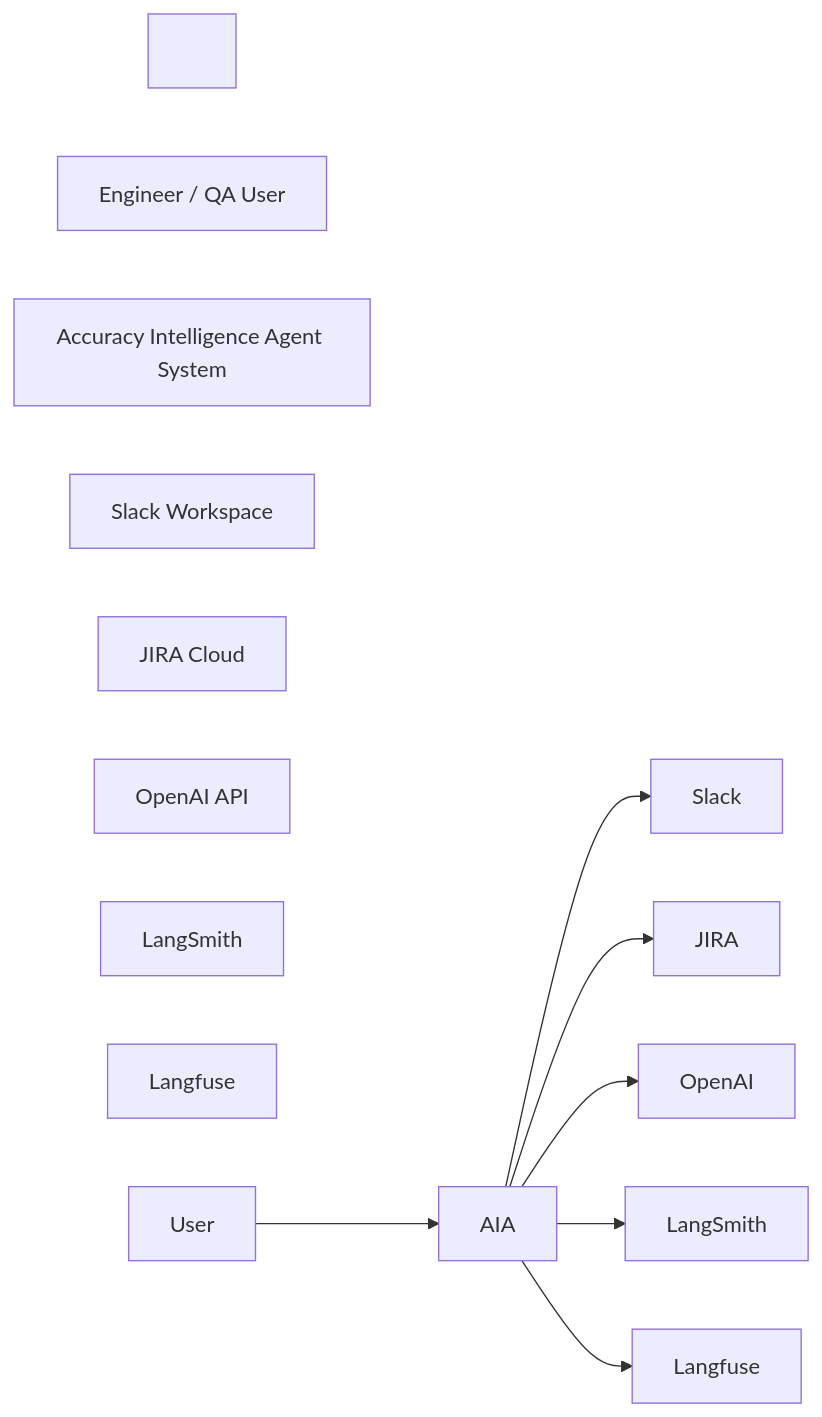
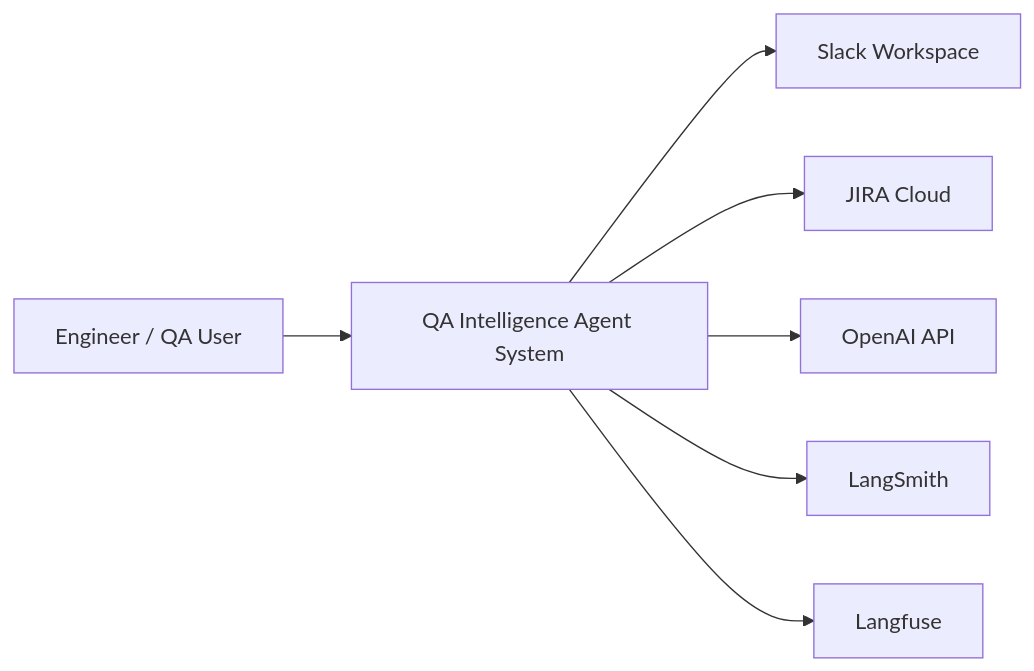
One commit to ethan-tran-mfv/aiagt-precision-triage changed the first of 13 diagrams in docs/diagram.md. Above: the diagram before and after it, drawn with Mermaid. The commit also changed other lines of this file and 19 other files, not shown here.

First line of the commit message:
feat: refactor AIA to general-purpose QA Intelligence Agent (QAIA)

````diff
--- a/docs/diagram.md
+++ b/docs/diagram.md
@@ -57,33 +11,17 @@
 ```mermaid
+flowchart LR
+    User[Engineer / QA User]
+    QAIA[QA Intelligence Agent System]
+    Slack[Slack Workspace]
+    JIRA[JIRA Cloud]
+    OpenAI[OpenAI API]
+    LangSmith[LangSmith]
+    Langfuse[Langfuse]
 
-flowchart LR
-
-&nbsp;   User\[Engineer / QA User]
-
-&nbsp;   AIA\[Accuracy Intelligence Agent System]
-
-&nbsp;   Slack\[Slack Workspace]
-
-&nbsp;   JIRA\[JIRA Cloud]
-
-&nbsp;   OpenAI\[OpenAI API]
-
-&nbsp;   LangSmith\[LangSmith]
-
-&nbsp;   Langfuse\[Langfuse]
-
-
-
-&nbsp;   User --> AIA
-
-&nbsp;   AIA --> Slack
-
-&nbsp;   AIA --> JIRA
-
-&nbsp;   AIA --> OpenAI
-
-&nbsp;   AIA --> LangSmith
-
-&nbsp;   AIA --> Langfuse
-
+    User --> QAIA
+    QAIA --> Slack
+    QAIA --> JIRA
+    QAIA --> OpenAI
+    QAIA --> LangSmith
+    QAIA --> Langfuse
 ```
````
